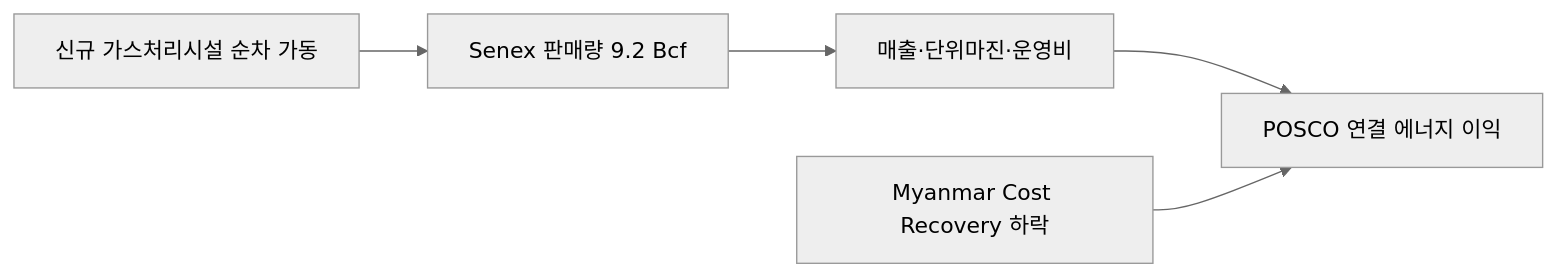
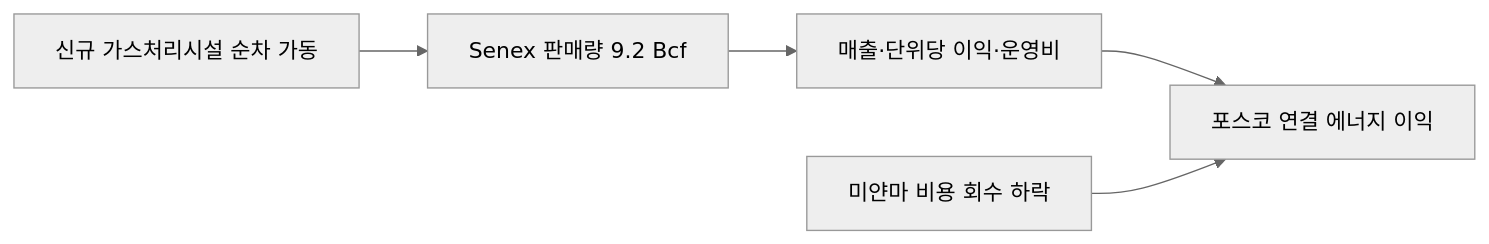
One commit to arik1988/posco-market-sensing-wiki changed the diagram in market-sensing-wiki/signals/SIG-B3D99438BE40.md. Above: the diagram before and after it, drawn with Mermaid (neutral theme). The commit also changed other lines of this file and 143 other files, not shown here.

````diff
--- a/market-sensing-wiki/signals/SIG-B3D99438BE40.md
+++ b/market-sensing-wiki/signals/SIG-B3D99438BE40.md
@@ -66,7 +115,7 @@
 ```mermaid
 flowchart LR
  A[신규 가스처리시설 순차 가동] --> B[Senex 판매량 9.2 Bcf]
- B --> C[매출·단위마진·운영비]
- C --> D[POSCO 연결 에너지 이익]
- E[Myanmar Cost Recovery 하락] --> D
+ B --> C[매출·단위당 이익·운영비]
+ C --> D[포스코 연결 에너지 이익]
+ E[미얀마 비용 회수 하락] --> D
 ```
````
